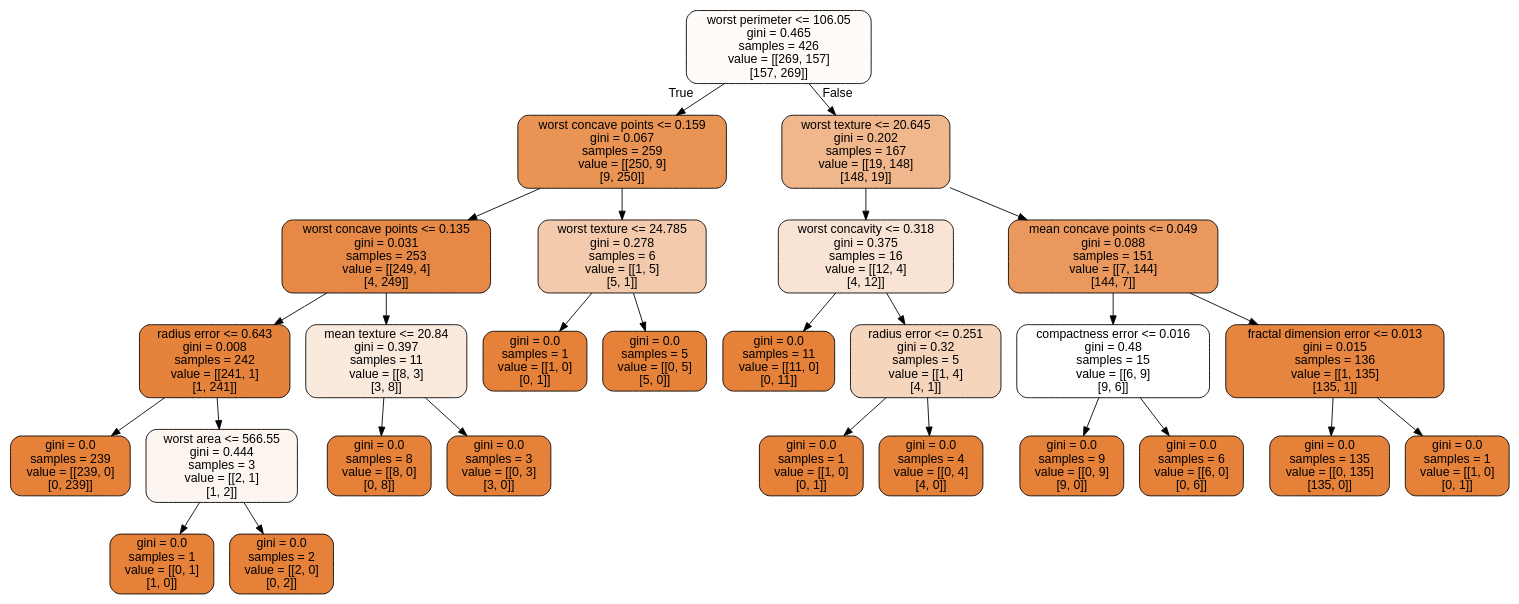
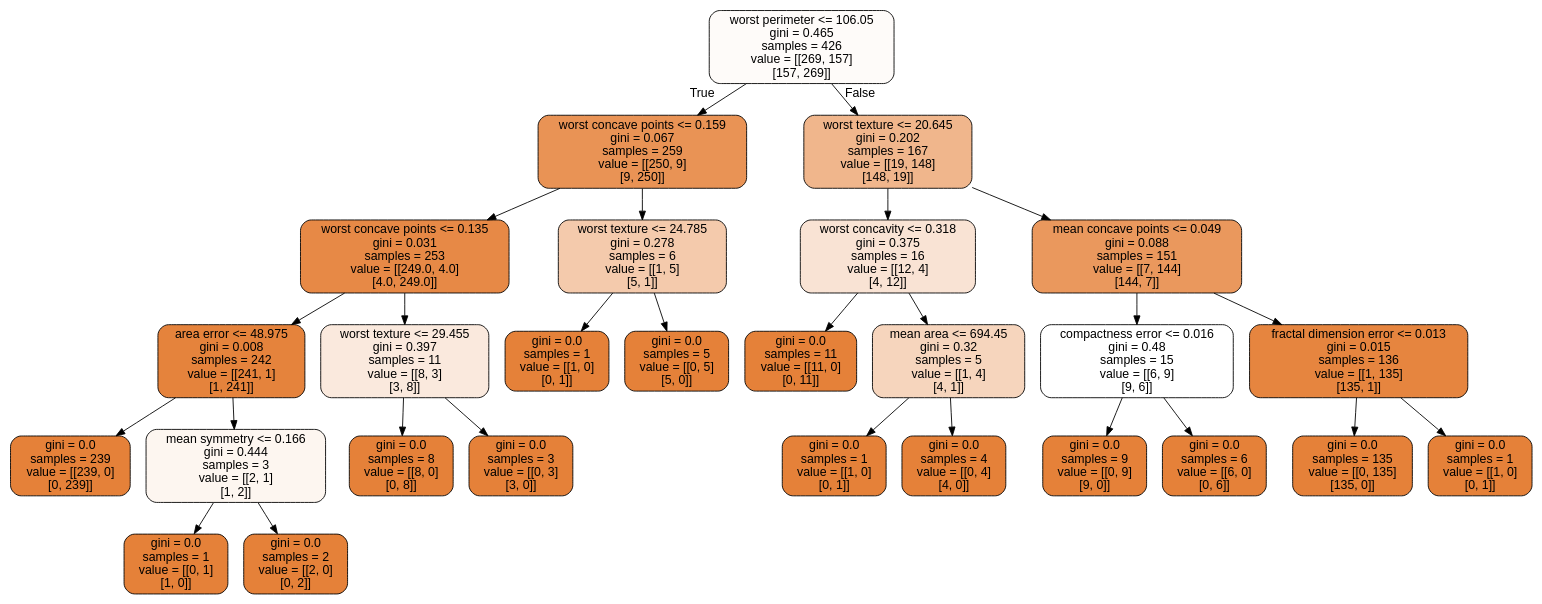
One commit to CompPhysics/MachineLearning changed the diagram in doc/LectureNotes/DataFiles/cancer.dot. Above: the diagram before and after it, drawn with Graphviz. The commit also changed 1267 other files, not shown here.

```diff
--- a/doc/LectureNotes/DataFiles/cancer.dot
+++ b/doc/LectureNotes/DataFiles/cancer.dot
@@ -1,57 +1,57 @@
 digraph Tree {
 node [shape=box, style="filled, rounded", color="black", fontname="helvetica"] ;
 edge [fontname="helvetica"] ;
 0 [label="worst perimeter <= 106.05\ngini = 0.465\nsamples = 426\nvalue = [[269, 157]\n[157, 269]]", fillcolor="#fefbf9"] ;
 1 [label="worst concave points <= 0.159\ngini = 0.067\nsamples = 259\nvalue = [[250, 9]\n[9, 250]]", fillcolor="#e99355"] ;
 0 -> 1 [labeldistance=2.5, labelangle=45, headlabel="True"] ;
-2 [label="worst concave points <= 0.135\ngini = 0.031\nsamples = 253\nvalue = [[249, 4]\n[4, 249]]", fillcolor="#e78946"] ;
+2 [label="worst concave points <= 0.135\ngini = 0.031\nsamples = 253\nvalue = [[249.0, 4.0]\n[4.0, 249.0]]", fillcolor="#e78946"] ;
 1 -> 2 ;
-3 [label="radius error <= 0.643\ngini = 0.008\nsamples = 242\nvalue = [[241, 1]\n[1, 241]]", fillcolor="#e5833c"] ;
+3 [label="area error <= 48.975\ngini = 0.008\nsamples = 242\nvalue = [[241, 1]\n[1, 241]]", fillcolor="#e5833c"] ;
 2 -> 3 ;
 4 [label="gini = 0.0\nsamples = 239\nvalue = [[239, 0]\n[0, 239]]", fillcolor="#e58139"] ;
 3 -> 4 ;
-5 [label="worst area <= 566.55\ngini = 0.444\nsamples = 3\nvalue = [[2, 1]\n[1, 2]]", fillcolor="#fdf6f0"] ;
+5 [label="mean symmetry <= 0.166\ngini = 0.444\nsamples = 3\nvalue = [[2, 1]\n[1, 2]]", fillcolor="#fdf6f0"] ;
 3 -> 5 ;
 6 [label="gini = 0.0\nsamples = 1\nvalue = [[0, 1]\n[1, 0]]", fillcolor="#e58139"] ;
 5 -> 6 ;
 7 [label="gini = 0.0\nsamples = 2\nvalue = [[2, 0]\n[0, 2]]", fillcolor="#e58139"] ;
 5 -> 7 ;
-8 [label="mean texture <= 20.84\ngini = 0.397\nsamples = 11\nvalue = [[8, 3]\n[3, 8]]", fillcolor="#fae9dd"] ;
+8 [label="worst texture <= 29.455\ngini = 0.397\nsamples = 11\nvalue = [[8, 3]\n[3, 8]]", fillcolor="#fae9dd"] ;
 2 -> 8 ;
 9 [label="gini = 0.0\nsamples = 8\nvalue = [[8, 0]\n[0, 8]]", fillcolor="#e58139"] ;
 8 -> 9 ;
 10 [label="gini = 0.0\nsamples = 3\nvalue = [[0, 3]\n[3, 0]]", fillcolor="#e58139"] ;
 8 -> 10 ;
 11 [label="worst texture <= 24.785\ngini = 0.278\nsamples = 6\nvalue = [[1, 5]\n[5, 1]]", fillcolor="#f4caac"] ;
 1 -> 11 ;
 12 [label="gini = 0.0\nsamples = 1\nvalue = [[1, 0]\n[0, 1]]", fillcolor="#e58139"] ;
 11 -> 12 ;
 13 [label="gini = 0.0\nsamples = 5\nvalue = [[0, 5]\n[5, 0]]", fillcolor="#e58139"] ;
 11 -> 13 ;
 14 [label="worst texture <= 20.645\ngini = 0.202\nsamples = 167\nvalue = [[19, 148]\n[148, 19]]", fillcolor="#f0b68c"] ;
 0 -> 14 [labeldistance=2.5, labelangle=-45, headlabel="False"] ;
 15 [label="worst concavity <= 0.318\ngini = 0.375\nsamples = 16\nvalue = [[12, 4]\n[4, 12]]", fillcolor="#f9e3d4"] ;
 14 -> 15 ;
 16 [label="gini = 0.0\nsamples = 11\nvalue = [[11, 0]\n[0, 11]]", fillcolor="#e58139"] ;
 15 -> 16 ;
-17 [label="radius error <= 0.251\ngini = 0.32\nsamples = 5\nvalue = [[1, 4]\n[4, 1]]", fillcolor="#f6d5bd"] ;
+17 [label="mean area <= 694.45\ngini = 0.32\nsamples = 5\nvalue = [[1, 4]\n[4, 1]]", fillcolor="#f6d5bd"] ;
 15 -> 17 ;
 18 [label="gini = 0.0\nsamples = 1\nvalue = [[1, 0]\n[0, 1]]", fillcolor="#e58139"] ;
 17 -> 18 ;
 19 [label="gini = 0.0\nsamples = 4\nvalue = [[0, 4]\n[4, 0]]", fillcolor="#e58139"] ;
 17 -> 19 ;
 20 [label="mean concave points <= 0.049\ngini = 0.088\nsamples = 151\nvalue = [[7, 144]\n[144, 7]]", fillcolor="#ea985d"] ;
 14 -> 20 ;
 21 [label="compactness error <= 0.016\ngini = 0.48\nsamples = 15\nvalue = [[6, 9]\n[9, 6]]", fillcolor="#ffffff"] ;
 20 -> 21 ;
 22 [label="gini = 0.0\nsamples = 9\nvalue = [[0, 9]\n[9, 0]]", fillcolor="#e58139"] ;
 21 -> 22 ;
 23 [label="gini = 0.0\nsamples = 6\nvalue = [[6, 0]\n[0, 6]]", fillcolor="#e58139"] ;
 21 -> 23 ;
 24 [label="fractal dimension error <= 0.013\ngini = 0.015\nsamples = 136\nvalue = [[1, 135]\n[135, 1]]", fillcolor="#e6853f"] ;
 20 -> 24 ;
 25 [label="gini = 0.0\nsamples = 135\nvalue = [[0, 135]\n[135, 0]]", fillcolor="#e58139"] ;
 24 -> 25 ;
 26 [label="gini = 0.0\nsamples = 1\nvalue = [[1, 0]\n[0, 1]]", fillcolor="#e58139"] ;
 24 -> 26 ;
 }
```
